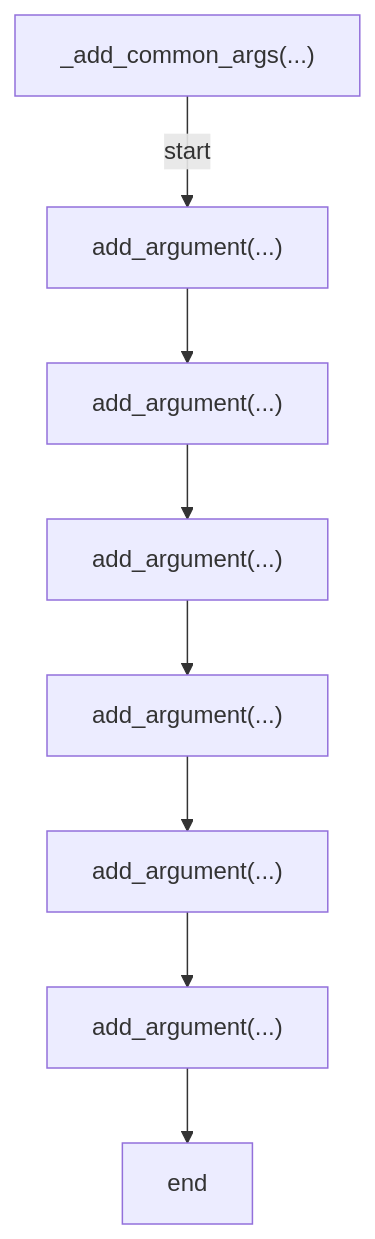
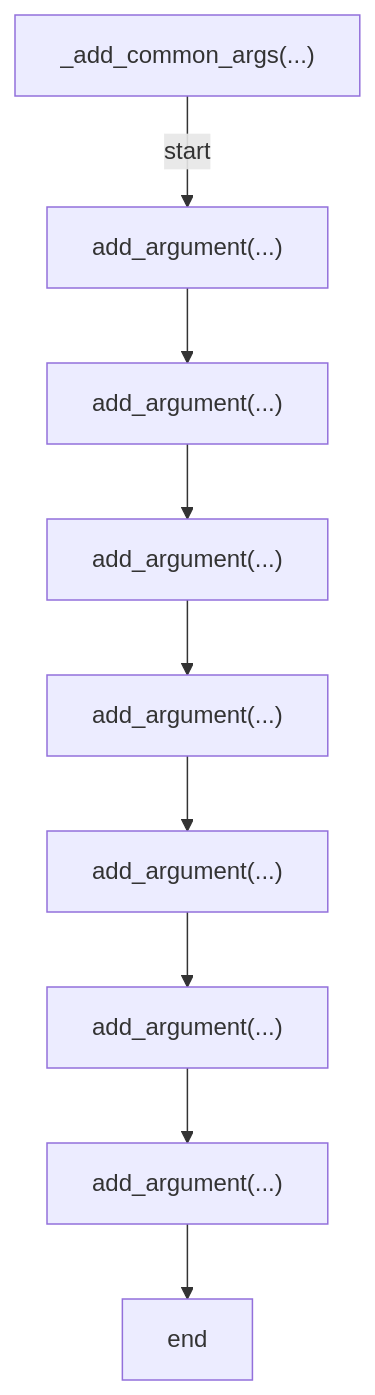
Diagram 13 of 20 in docs/generated/scripts/ast/labels_apply.md (tvna/claude-md), drawn with Mermaid before and after one commit. The commit also changed other lines of this file and 2 other files, not shown here.

First line of the commit message:
docs(generated): regenerate decision tree and workflow diagrams (#2481)

````diff
--- a/docs/generated/scripts/ast/labels_apply.md
+++ b/docs/generated/scripts/ast/labels_apply.md
@@ -214,18 +271,20 @@
 ```mermaid
 flowchart TD
     N001["_add_common_args(...)"]
     N002["add_argument(...)"]
     N003["add_argument(...)"]
     N004["add_argument(...)"]
     N005["add_argument(...)"]
     N006["add_argument(...)"]
     N007["add_argument(...)"]
-    N008["end"]
+    N008["add_argument(...)"]
+    N009["end"]
     N001 -->|"start"| N002
     N002 --> N003
     N003 --> N004
     N004 --> N005
     N005 --> N006
     N006 --> N007
     N007 --> N008
+    N008 --> N009
 ```
````
